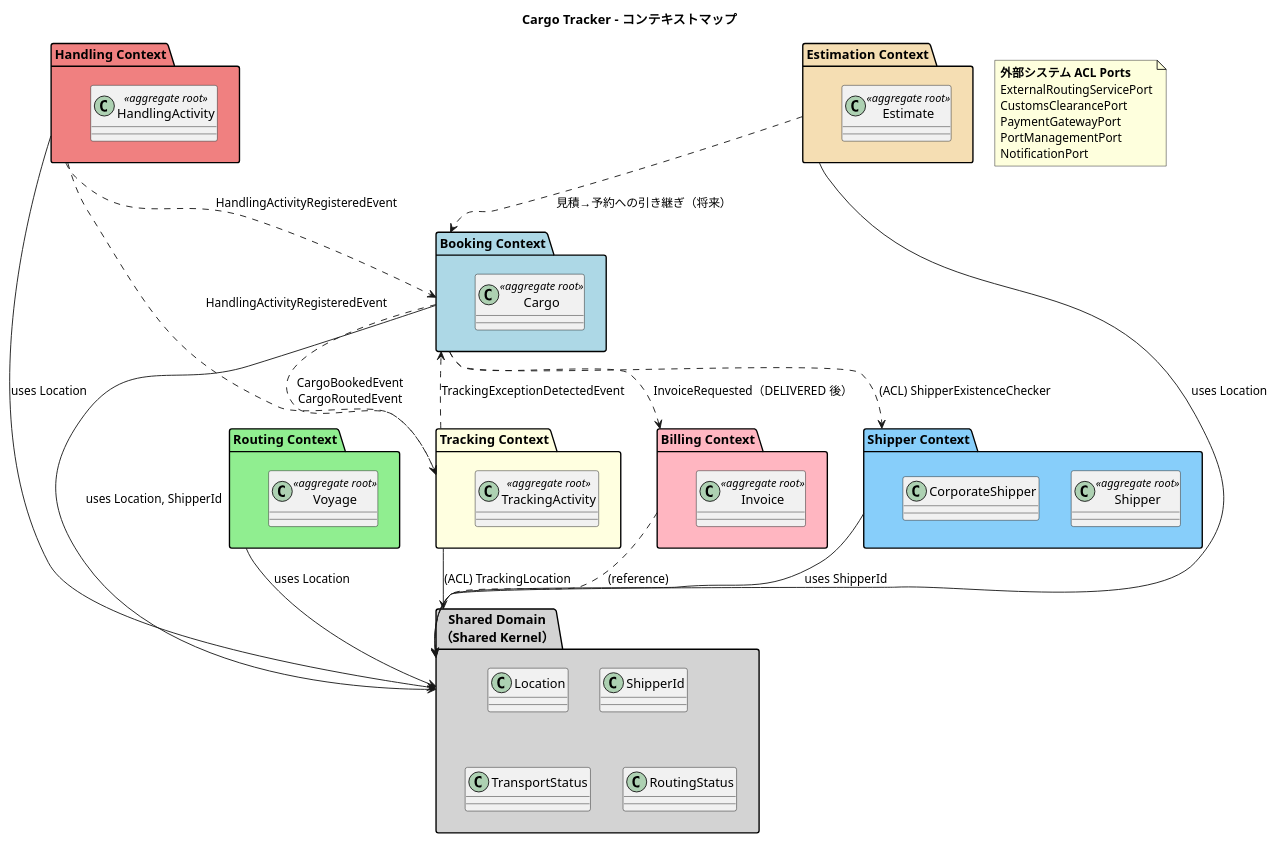
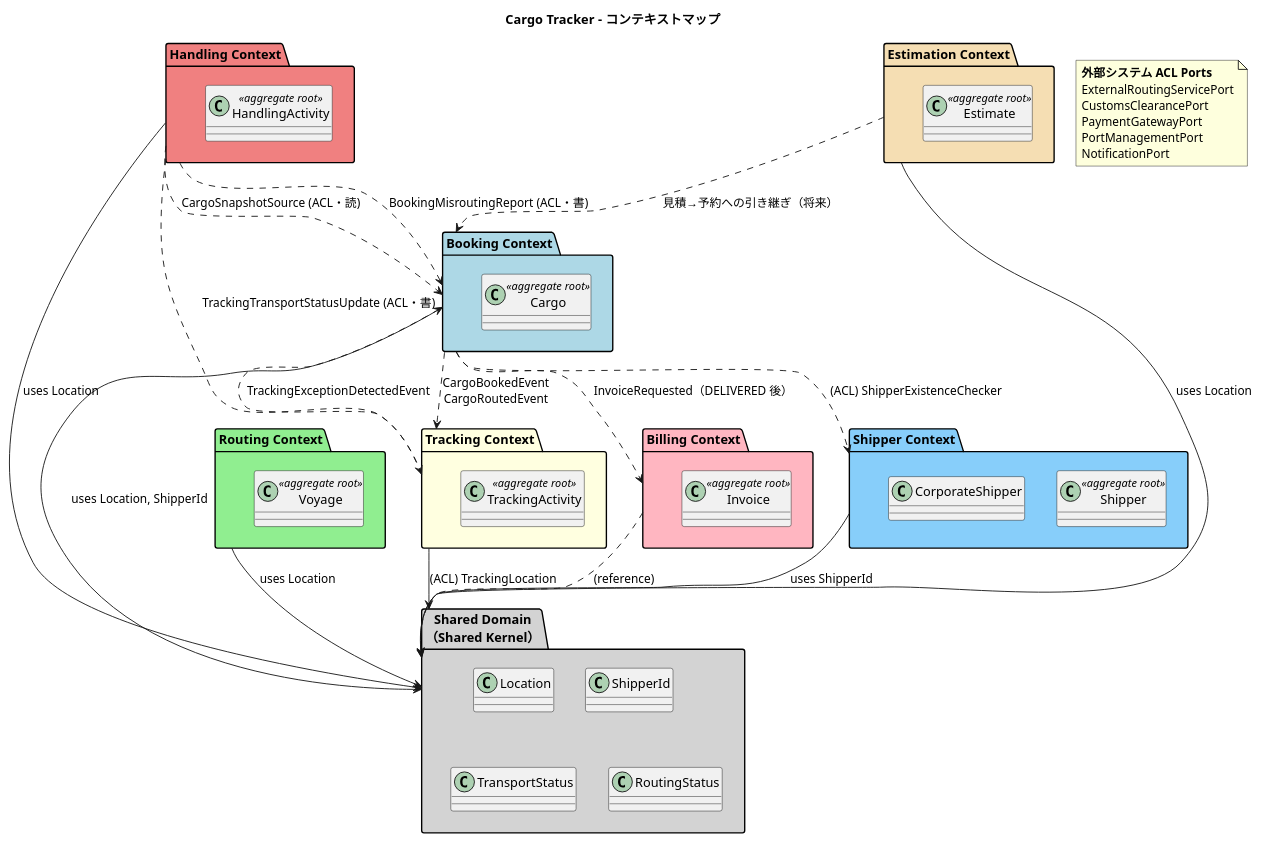
Before and after one commit to k2works/case-study-cargo-tracker: the second of 11 diagrams in docs/design/domain-model.md, drawn with PlantUML. The commit also changed other lines of this file and 5 other files, not shown here.

````diff
--- a/docs/design/domain-model.md
+++ b/docs/design/domain-model.md
@@ -107,67 +107,68 @@
 ```plantuml
 @startuml
 title Cargo Tracker - コンテキストマップ
 
 package "Booking Context" as booking #lightblue {
   class Cargo <<aggregate root>>
 }
 
 package "Shipper Context" as shipper #lightskyblue {
   class Shipper <<aggregate root>>
   class CorporateShipper
 }
 
 package "Routing Context" as routing #lightgreen {
   class Voyage <<aggregate root>>
 }
 
 package "Tracking Context" as tracking #lightyellow {
   class TrackingActivity <<aggregate root>>
 }
 
 package "Handling Context" as handling #lightcoral {
   class HandlingActivity <<aggregate root>>
 }
 
 package "Billing Context" as billing #lightpink {
   class Invoice <<aggregate root>>
 }
 
 package "Estimation Context" as estimation #wheat {
   class Estimate <<aggregate root>>
 }
 
 package "Shared Domain\n（Shared Kernel）" as shared #lightgray {
   class Location
   class ShipperId
   class TransportStatus
   class RoutingStatus
 }
 
 booking --> shared : uses Location, ShipperId
 booking ..> shipper : (ACL) ShipperExistenceChecker
 shipper --> shared : uses ShipperId
 routing --> shared : uses Location
 tracking --> shared : (ACL) TrackingLocation
 handling --> shared : uses Location
 
 booking ..> tracking : CargoBookedEvent\nCargoRoutedEvent
-handling ..> tracking : HandlingActivityRegisteredEvent
-handling ..> booking : HandlingActivityRegisteredEvent
+handling ..> tracking : TrackingTransportStatusUpdate (ACL・書)
+handling ..> booking : CargoSnapshotSource (ACL・読)
+handling ..> booking : BookingMisroutingReport (ACL・書)
 tracking ..> booking : TrackingExceptionDetectedEvent
 booking ..> billing : InvoiceRequested（DELIVERED 後）
 billing ..> shared : (reference)
 estimation --> shared : uses Location
 estimation ..> booking : 見積→予約への引き継ぎ（将来）
 
 note as ACL_NOTE
   **外部システム ACL Ports**
   ExternalRoutingServicePort
   CustomsClearancePort
   PaymentGatewayPort
   PortManagementPort
   NotificationPort
 end note
 
 @enduml
 ```
````
